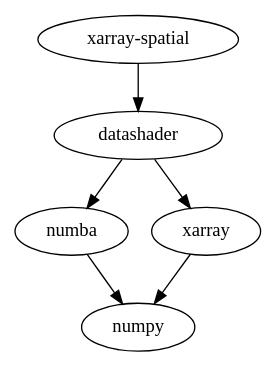
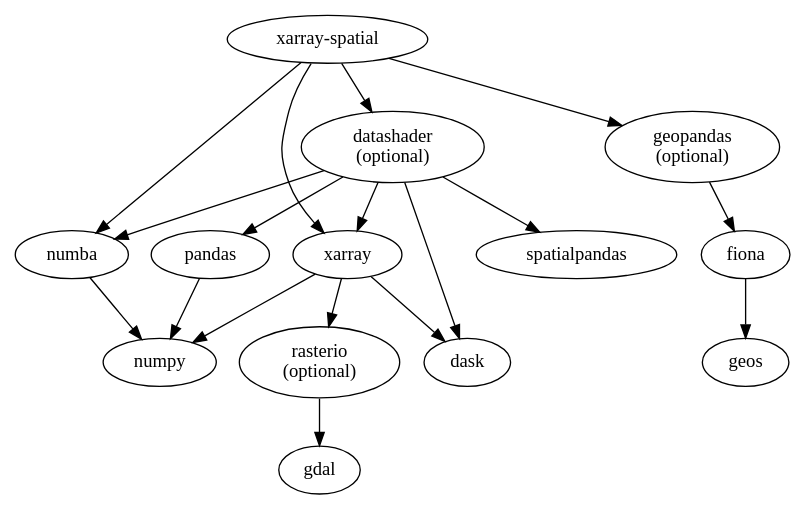
Before and after one commit to makepath/xarray-spatial: the diagram in dependencies.dot, drawn with Graphviz. The commit also changed 1 other file, not shown here.

Commit message:
updated dependencies graph

```diff
--- a/dependencies.dot
+++ b/dependencies.dot
@@ -1,7 +1,17 @@
 digraph G {
-"xarray-spatial" -> datashader;
-datashader -> numba;
-datashader -> xarray;
+"xarray-spatial" -> "datashader\n(optional)";
+"xarray-spatial" -> numba;
+"xarray-spatial" -> xarray;
+"xarray-spatial" -> "geopandas\n(optional)";
+"datashader\n(optional)" -> numba;
+"datashader\n(optional)" -> xarray;
+"datashader\n(optional)" -> dask;
+"datashader\n(optional)" -> pandas;
+"datashader\n(optional)" -> spatialpandas;
+xarray -> dask;
 xarray -> numpy;
+xarray -> "rasterio\n(optional)" -> gdal;
 numba -> numpy;
+pandas -> numpy;
+"geopandas\n(optional)" -> fiona -> geos;
 }
```
